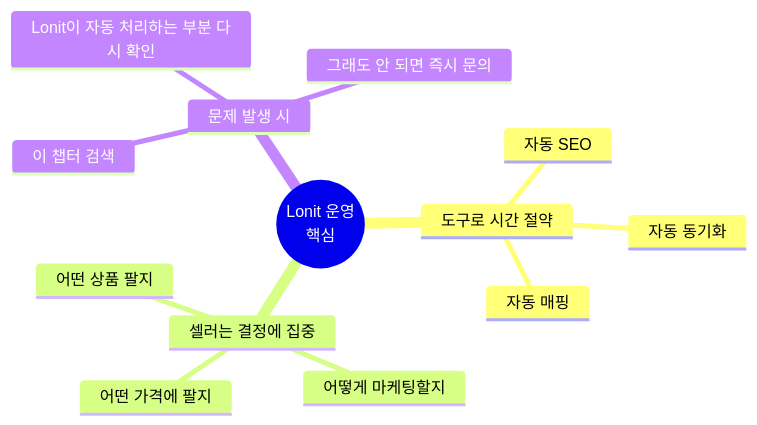
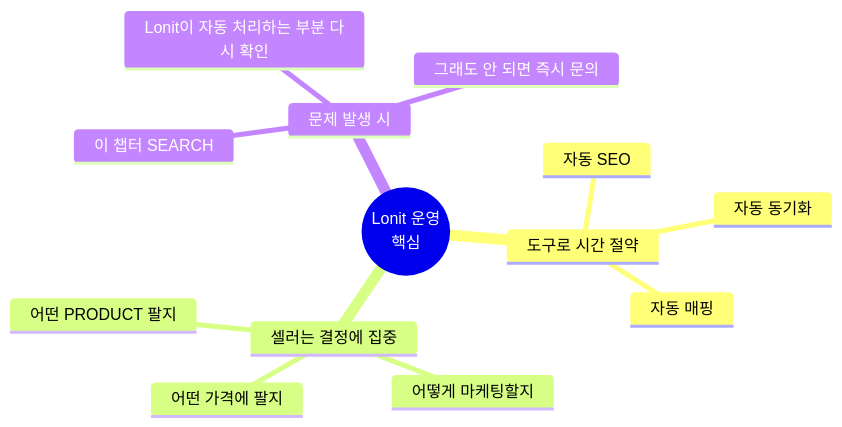
One commit to cksdud5785-design/lonit-manual changed the sixth of 6 diagrams in docs/08-troubleshooting.md. Above: the diagram before and after it, drawn with Mermaid. The commit also changed other lines of this file and 17 other files, not shown here.

First line of the commit message:
fix: mermaid 한국어 ID → ASCII + 더망고 → T사 일괄 변경

````diff
--- a/docs/08-troubleshooting.md
+++ b/docs/08-troubleshooting.md
@@ -315,16 +315,16 @@
 ```mermaid
 mindmap
   root((Lonit 운영<br>핵심))
     도구로 시간 절약
       자동 SEO
       자동 동기화
       자동 매핑
     셀러는 결정에 집중
-      어떤 상품 팔지
+      어떤 PRODUCT 팔지
       어떻게 마케팅할지
       어떤 가격에 팔지
     문제 발생 시
-      이 챕터 검색
+      이 챕터 SEARCH
       Lonit이 자동 처리하는 부분 다시 확인
       그래도 안 되면 즉시 문의
 ```
````
